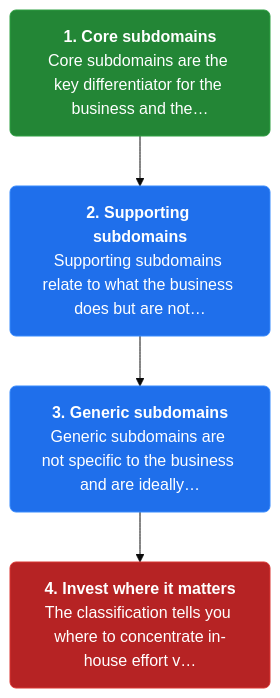
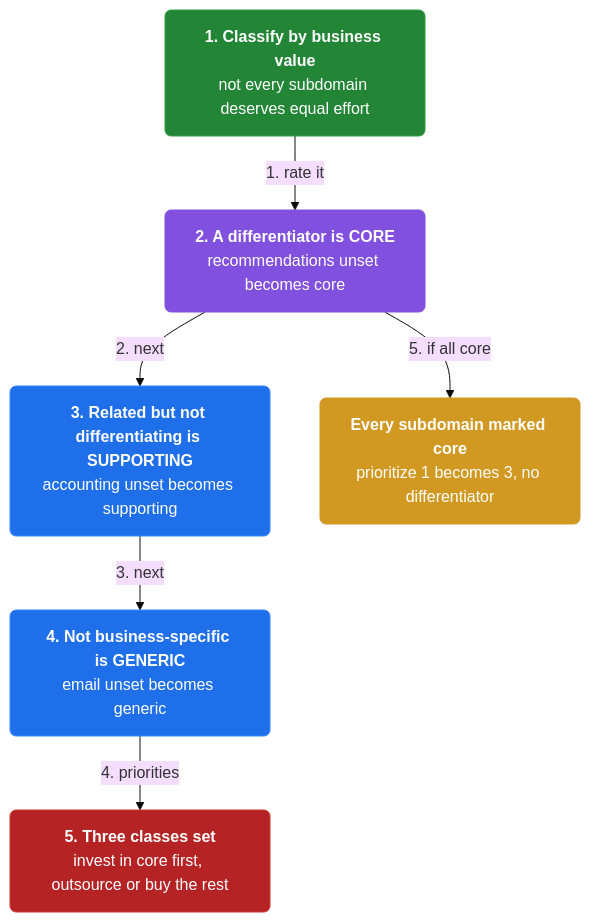
Before and after one commit to vinayakuber/microservices-io-study-guide: the second of 4 diagrams in docs/ch04-decompose-by-subdomain.md, drawn with Mermaid (base theme). The commit also changed other lines of this file and 46 other files, not shown here.

First line of the commit message:
Author rich branching flow diagrams for all 44 chapters

````diff
--- a/docs/ch04-decompose-by-subdomain.md
+++ b/docs/ch04-decompose-by-subdomain.md
@@ -54,13 +60,19 @@
 ```mermaid
 flowchart TD
-  classDef step fill:#1f6feb,color:#ffffff,stroke:#388bfd,stroke-width:1px,rx:6
+  classDef step fill:#1f6feb,color:#ffffff,stroke:#388bfd,rx:6
+  classDef core fill:#8250df,color:#ffffff,stroke:#8250df,rx:6
+  classDef warn fill:#d29922,color:#ffffff,stroke:#d29922,rx:6
   classDef start fill:#238636,color:#ffffff,stroke:#2ea043,rx:6
   classDef stop fill:#b62324,color:#ffffff,stroke:#da3633,rx:6
-  s1n0["<b>1. Core subdomains</b><br/>Core subdomains are the key differentiator for the business and the…"]:::start
-  s1n1["<b>2. Supporting subdomains</b><br/>Supporting subdomains relate to what the business does but are not…"]:::step
-  s1n2["<b>3. Generic subdomains</b><br/>Generic subdomains are not specific to the business and are ideally…"]:::step
-  s1n3["<b>4. Invest where it matters</b><br/>The classification tells you where to concentrate in-house effort v…"]:::stop
-  s1n0 --> s1n1
-  s1n1 --> s1n2
-  s1n2 --> s1n3
+  n0["<b>1. Classify by business value</b><br/>not every subdomain deserves equal effort"]:::start
+  n1["<b>2. A differentiator is CORE</b><br/>recommendations unset becomes core"]:::core
+  n2["<b>3. Related but not differentiating is SUPPORTING</b><br/>accounting unset becomes supporting"]:::step
+  n3["<b>4. Not business-specific is GENERIC</b><br/>email unset becomes generic"]:::step
+  n4["<b>5. Three classes set</b><br/>invest in core first, outsource or buy the rest"]:::stop
+  n5["<b>Every subdomain marked core</b><br/>prioritize 1 becomes 3, no differentiator"]:::warn
+  n0 -->|"1. rate it"| n1
+  n1 -->|"2. next"| n2
+  n2 -->|"3. next"| n3
+  n3 -->|"4. priorities"| n4
+  n1 -->|"5. if all core"| n5
 ```
````
